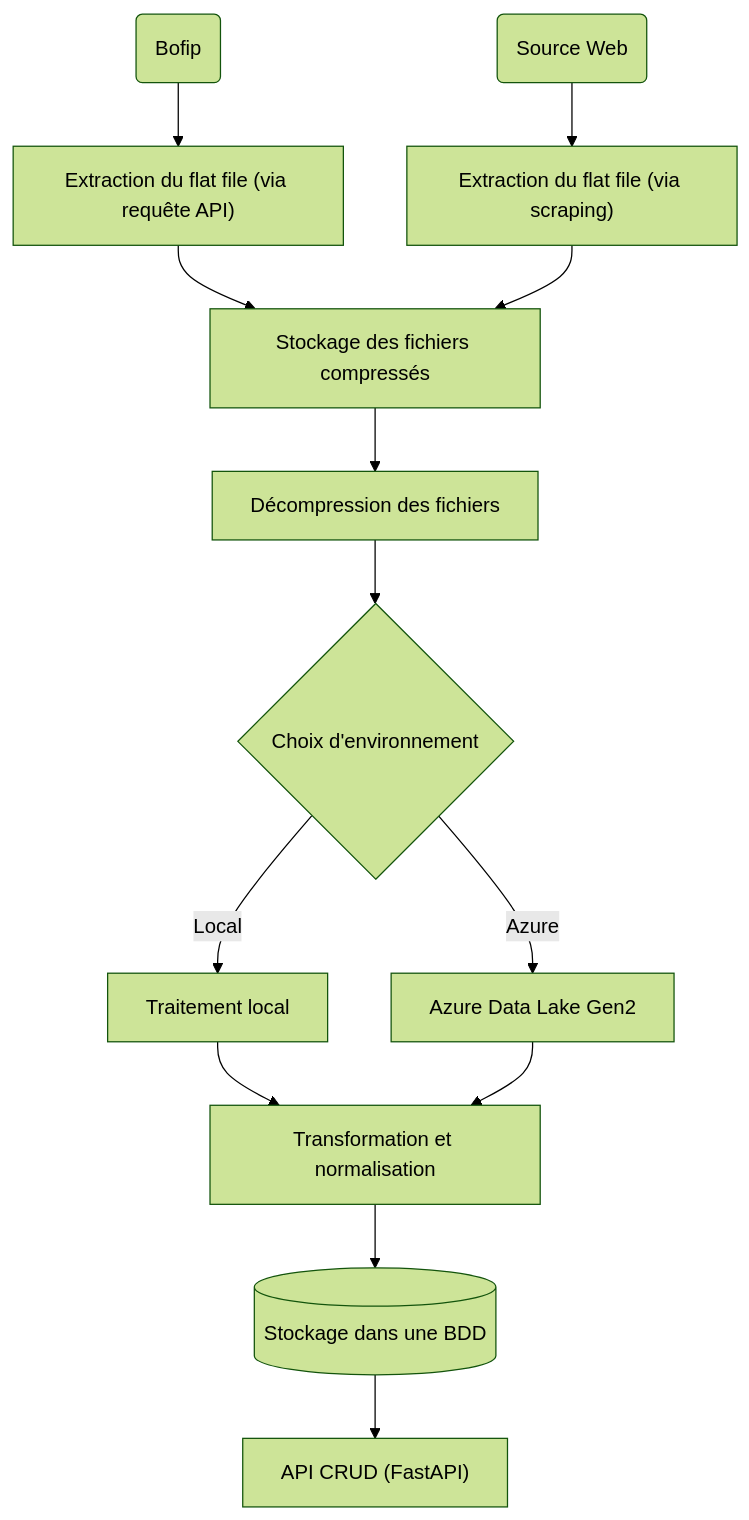
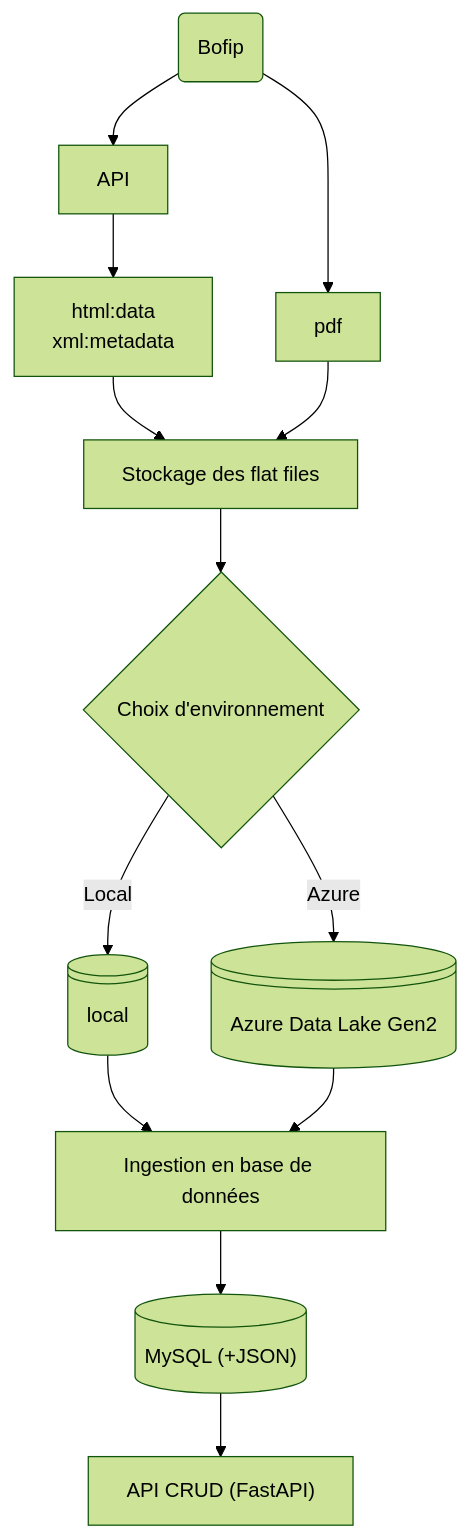
Before and after one commit to jeremy-vangansberg/fiscalia: the diagram in README.md, drawn with Mermaid (forest theme). The commit also changed 2 other files, not shown here.

Commit message:
docs: :art: updating the mermaid chart

````diff
--- a/README.md
+++ b/README.md
@@ -7,15 +7,20 @@
 ```mermaid
 flowchart TD
-    A("Bofip") --> B["Extraction du flat file (via requête API)"]
-    C("Source Web") --> D["Extraction du flat file (via scraping)"]
-    B --> E["Stockage des fichiers compressés"]
-    D --> E
-    E --> F["Décompression des fichiers"]
-    F --> G{"Choix d'environnement"}
-    G -- Local --> H["Traitement local"]
-    G -- Azure --> I["Azure Data Lake Gen2"]
-    H --> J["Transformation et normalisation"]
-    I --> J
-    J --> K[(Stockage dans une BDD)]
-    K --> L["API CRUD (FastAPI)"]
+    A("Bofip") --> n1["pdf"] & n2["API"]
+    B["html:data<br>xml:metadata"] --> E["Stockage des flat files"]
+    E --> F@{ label: "Choix d'environnement" }
+    F -- Local --> G["local"]
+    F -- Azure --> H["Azure Data Lake Gen2"]
+    G --> I["Ingestion en base de données"]
+    H --> I
+    I --> J["MySQL (+JSON)"]
+    J --> M["API CRUD (FastAPI)"]
+    n1 --> E
+    n2 --> B
+
+    F@{ shape: diamond}
+    G@{ shape: disk}
+    H@{ shape: disk}
+    J@{ shape: db}
+    M@{ shape: rect}
 ```
````
